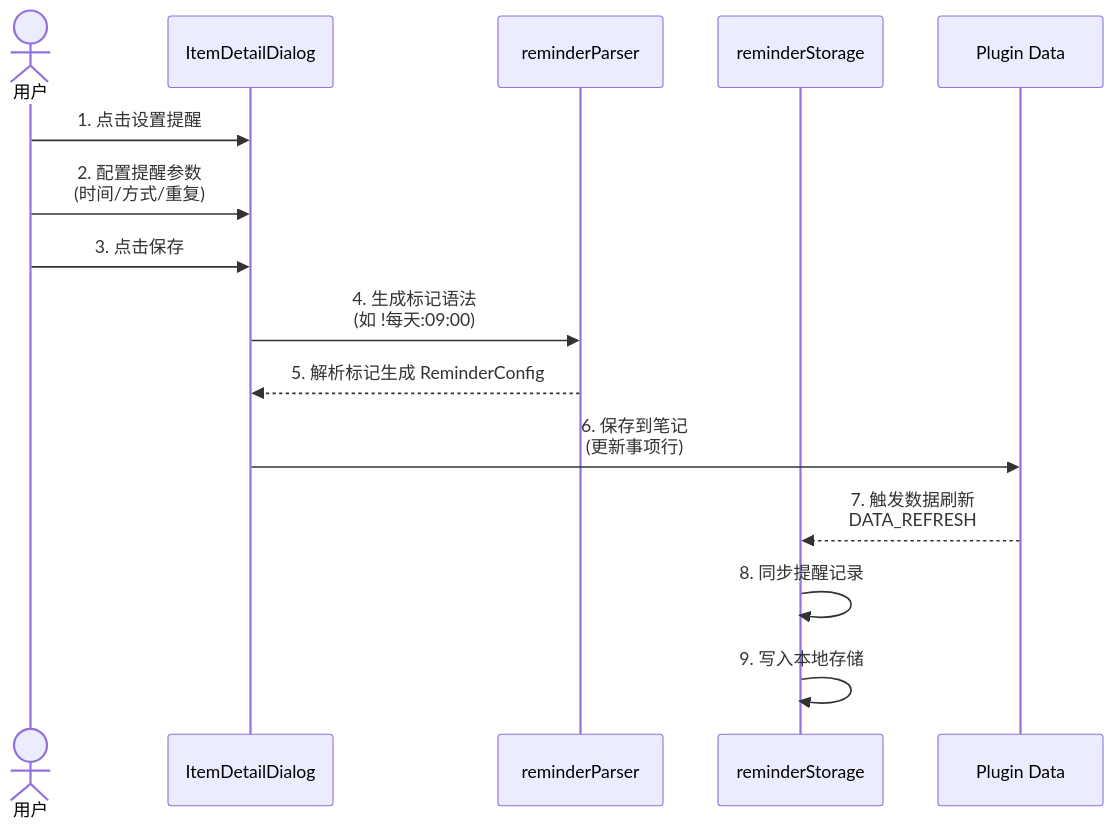
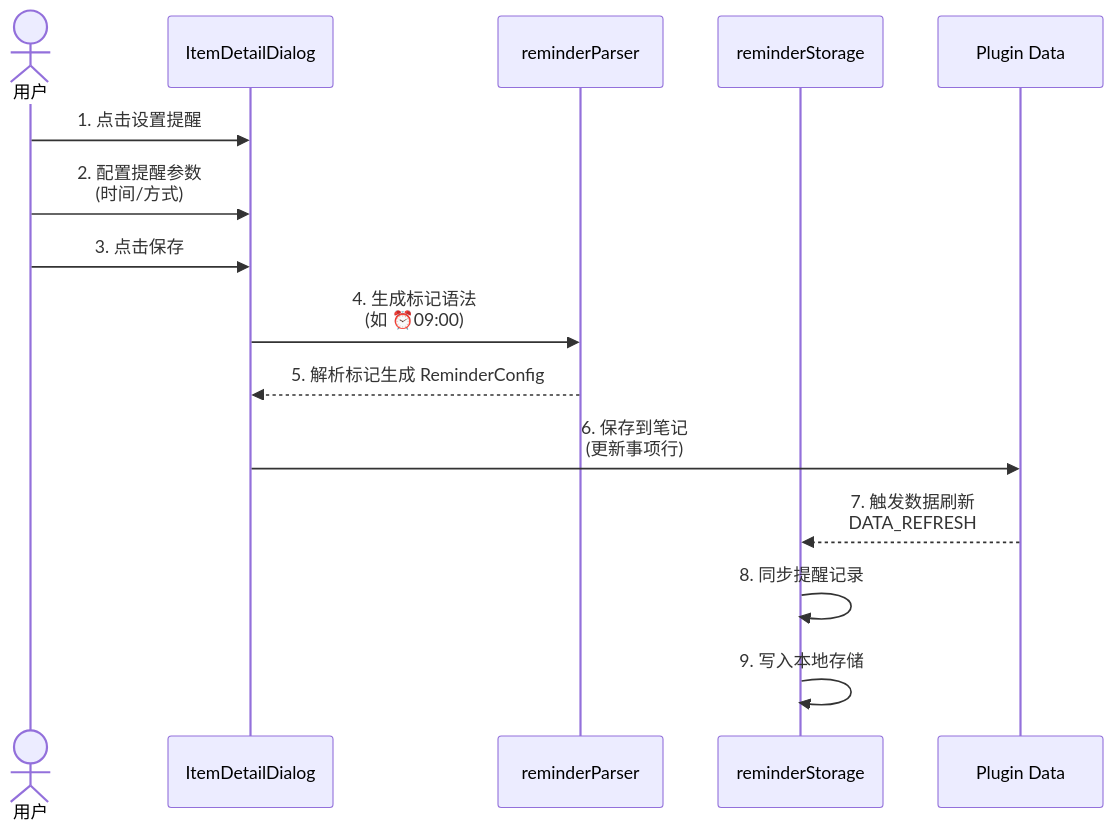
Before and after one commit to MoonBottle/siyuan-plugin-bullet-journal: the first of 6 diagrams in docs/prd/reminder.md, drawn with Mermaid. The commit also changed other lines of this file and 1 other file, not shown here.

````diff
--- a/docs/prd/reminder.md
+++ b/docs/prd/reminder.md
@@ -188,18 +187,18 @@
 ```mermaid
 sequenceDiagram
     actor U as 用户
     participant D as ItemDetailDialog
     participant P as reminderParser
     participant S as reminderStorage
     participant PD as Plugin Data
 
     U->>D: 1. 点击设置提醒
-    U->>D: 2. 配置提醒参数<br/>(时间/方式/重复)
+    U->>D: 2. 配置提醒参数<br/>(时间/方式)
     U->>D: 3. 点击保存
-    D->>P: 4. 生成标记语法<br/>(如 !每天:09:00)
+    D->>P: 4. 生成标记语法<br/>(如 ⏰09:00)
     P-->>D: 5. 解析标记生成 ReminderConfig
     D->>PD: 6. 保存到笔记<br/>(更新事项行)
     PD-->>S: 7. 触发数据刷新<br/>DATA_REFRESH
     S->>S: 8. 同步提醒记录
     S->>S: 9. 写入本地存储
 ```
````
